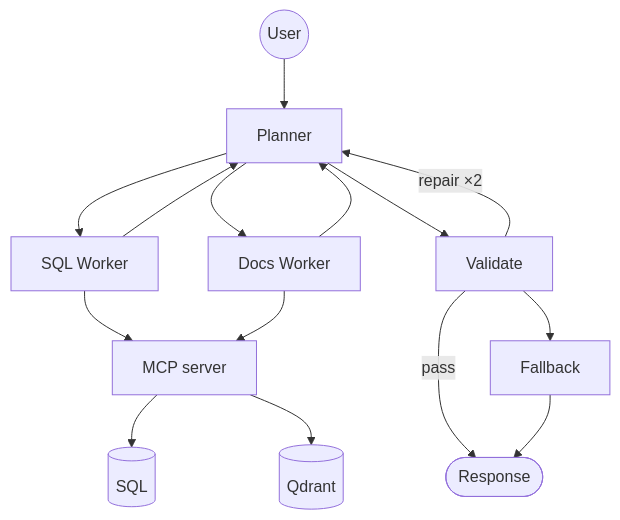
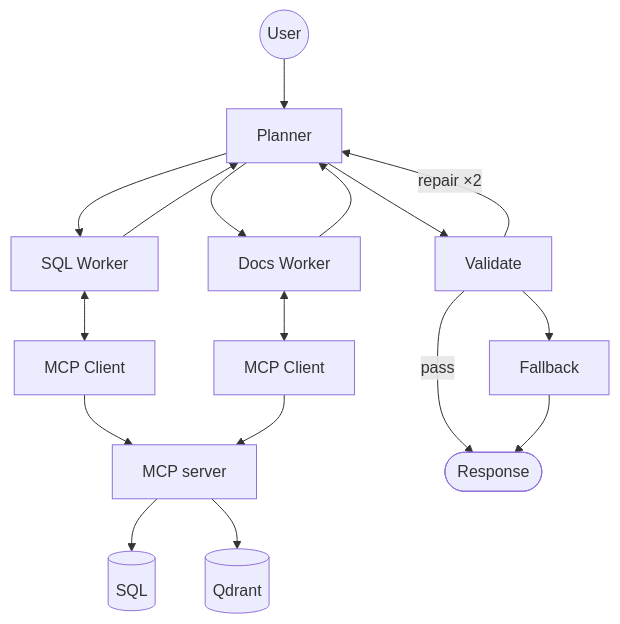
One commit to sazzad-kamal/crm-agentic-mcp-engine changed the second of 2 diagrams in scratch/multi-agent.md. Above: the diagram before and after it, drawn with Mermaid. The commit also changed other lines of this file, not shown here.

Commit message:
Multi-agent: add MCP clients back; worker<->client two-way (ReAct loop)

````diff
--- a/scratch/multi-agent.md
+++ b/scratch/multi-agent.md
@@ -43,23 +45,25 @@
 ```mermaid
 flowchart TB
     Q(("User")) --> PL["Planner"]
 
     PL --> W1["SQL Worker"]
     PL --> W2["Docs Worker"]
     W1 --> PL
     W2 --> PL
 
-    W1 --> MCPSRV["MCP server"]
-    W2 --> MCPSRV
+    W1 <--> MC1["MCP Client"]
+    W2 <--> MC2["MCP Client"]
+    MC1 --> MCPSRV["MCP server"]
+    MC2 --> MCPSRV
 
     PL --> VAL["Validate"]
     VAL -->|"repair ×2"| PL
     VAL --> FB["Fallback"]
     VAL -->|pass| RESP
     FB --> RESP
 
     RESP(["Response"])
 
     MCPSRV --> DB[("SQL")]
     MCPSRV --> VS[("Qdrant")]
 ```
````
